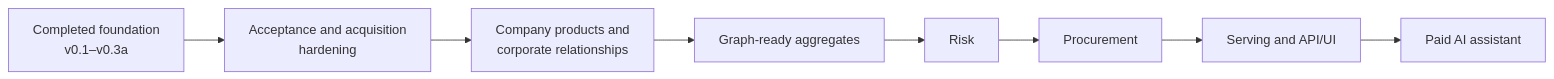
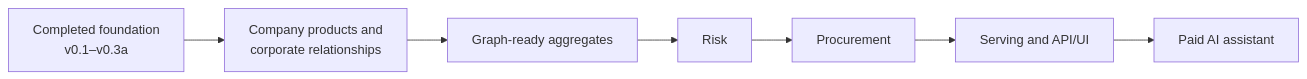
The second of 2 diagrams in docs/atlas_unified_plan.md (sergiorf/atlas), drawn with Mermaid before and after one commit. The commit also changed other lines of this file and 16 other files, not shown here.

````diff
--- a/docs/atlas_unified_plan.md
+++ b/docs/atlas_unified_plan.md
@@ -313,10 +313,9 @@
 ```mermaid
 flowchart LR
-    A["Completed foundation<br/>v0.1–v0.3a"] --> B["Acceptance and acquisition<br/>hardening"]
-    B --> C["Company products and<br/>corporate relationships"]
+    A["Completed foundation<br/>v0.1–v0.3a"] --> C["Company products and<br/>corporate relationships"]
     C --> D["Graph-ready aggregates"]
     D --> E["Risk"]
     E --> F["Procurement"]
     F --> G["Serving and API/UI"]
     G --> H["Paid AI assistant"]
 ```
````
